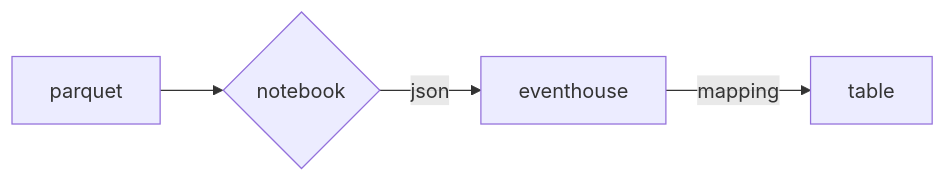
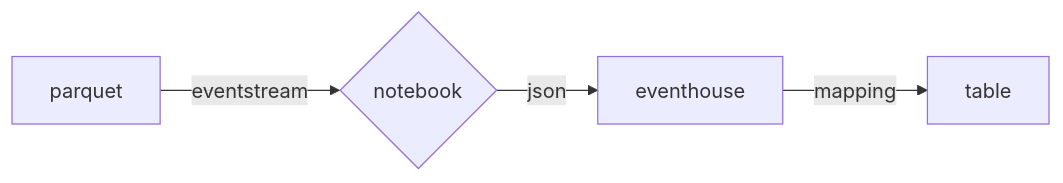
The diagram in README.md (hfleitas/grouper), drawn with Mermaid before and after one commit.

````diff
--- a/README.md
+++ b/README.md
@@ -10,6 +10,6 @@
 ```mermaid
 graph LR
-   parquet-->nb
+   parquet-->|eventstream | nb
    nb{notebook}-->|json | eventhouse
    eventhouse-->|mapping | table
 ```
````
